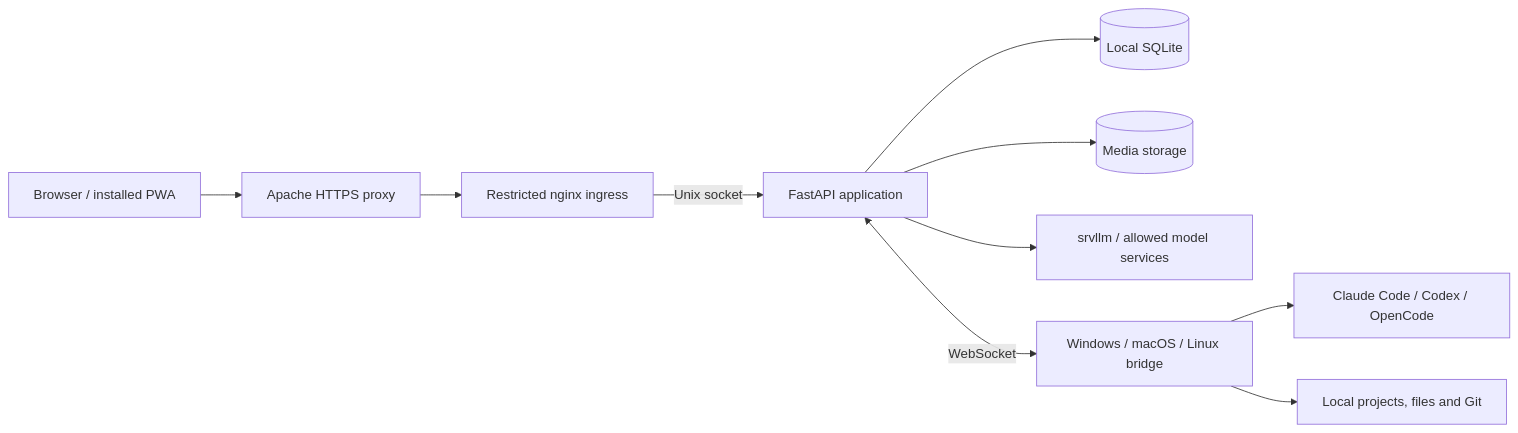
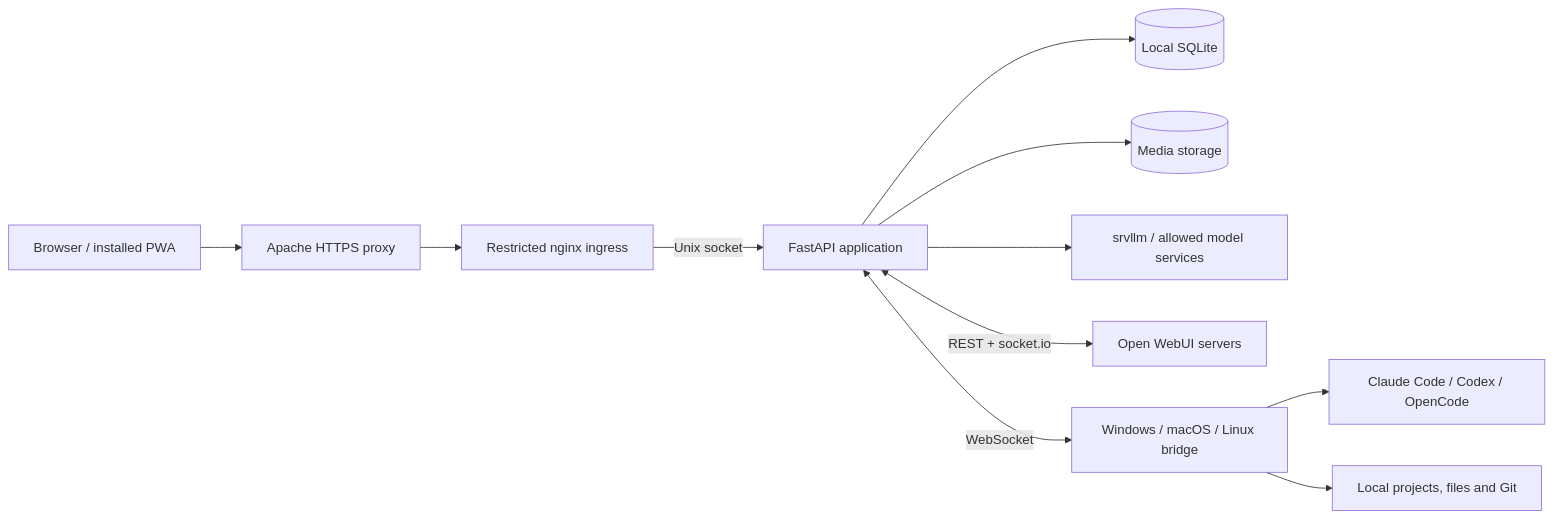
One commit to guru431/studio changed the diagram in README.md. Above: the diagram before and after it, drawn with Mermaid. The commit also changed other lines of this file and 5 other files, not shown here.

First line of the commit message:
Release Studio 0.47.0: Open WebUI section

````diff
--- a/README.md
+++ b/README.md
@@ -226,12 +234,13 @@
 ```mermaid
 flowchart LR
     UI["Browser / installed PWA"] --> HTTPS["Apache HTTPS proxy"]
     HTTPS --> NGINX["Restricted nginx ingress"]
     NGINX -->|Unix socket| APP["FastAPI application"]
     APP --> DB[("Local SQLite")]
     APP --> MEDIA[("Media storage")]
     APP --> MODELS["srvllm / allowed model services"]
+    APP <-->|REST + socket.io| OWUI["Open WebUI servers"]
     APP <-->|WebSocket| BRIDGE["Windows / macOS / Linux bridge"]
     BRIDGE --> CLI["Claude Code / Codex / OpenCode"]
     BRIDGE --> PROJECTS["Local projects, files and Git"]
 ```
````
